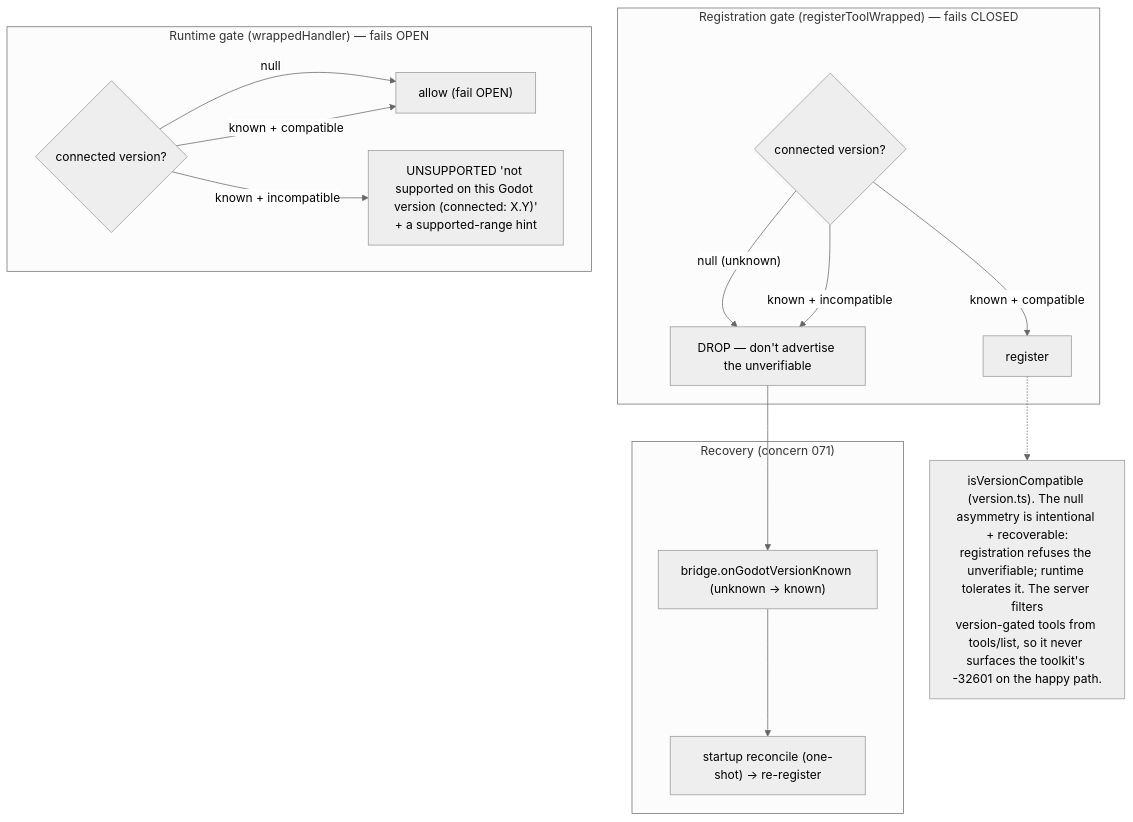
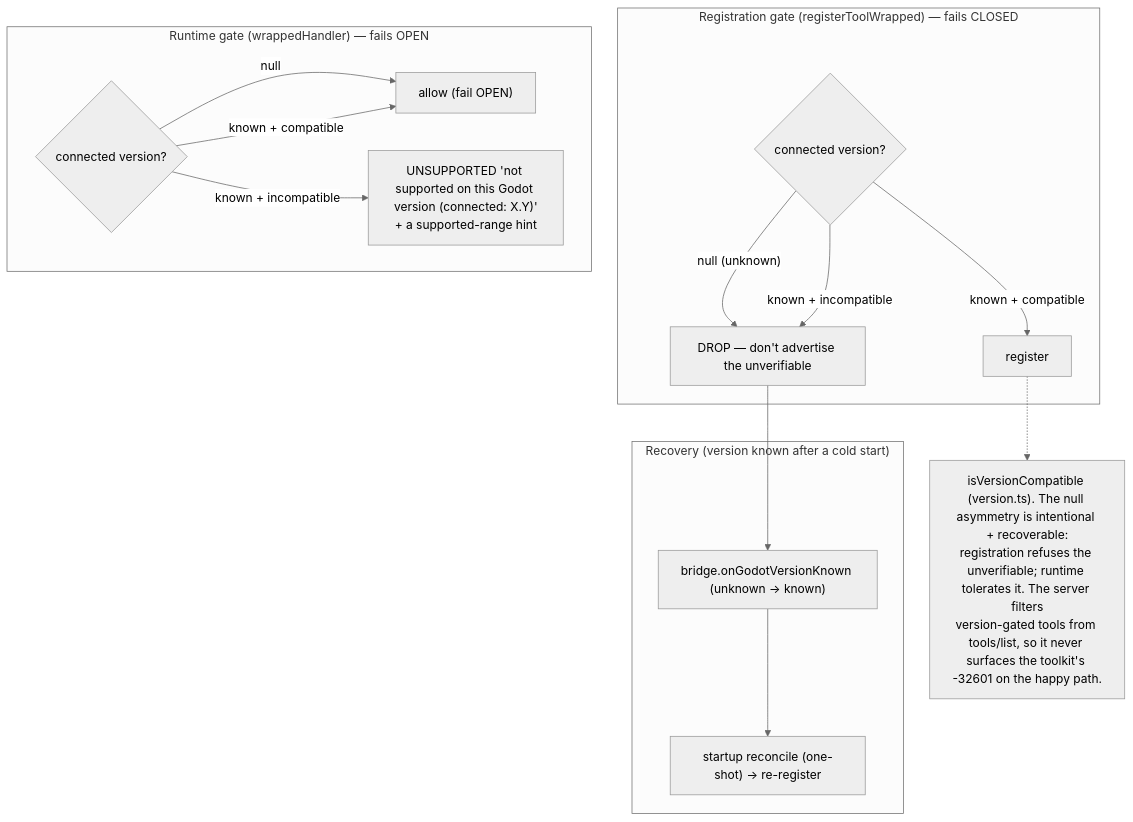
One commit to NPGameDev/godot-mcp-server changed diagram 12 of 13 in docs/architecture/README.md. Above: the diagram before and after it, drawn with Mermaid (neutral theme). The commit also changed other lines of this file, not shown here.

````diff
--- a/docs/architecture/README.md
+++ b/docs/architecture/README.md
@@ -711,21 +711,21 @@
 ```mermaid
 flowchart TD
     subgraph regn["Registration gate (registerToolWrapped) — fails CLOSED"]
       r1{"connected version?"}
       r1 -->|"null (unknown)"| rdrop["DROP — don't advertise the unverifiable"]
       r1 -->|"known + incompatible"| rdrop
       r1 -->|"known + compatible"| rkeep["register"]
     end
-    subgraph recov["Recovery (concern 071)"]
+    subgraph recov["Recovery (version known after a cold start)"]
       rdrop --> hook["bridge.onGodotVersionKnown (unknown → known)"]
       hook --> rec["startup reconcile (one-shot) → re-register"]
     end
     subgraph runt["Runtime gate (wrappedHandler) — fails OPEN"]
       u1{"connected version?"}
       u1 -->|"null"| upass["allow (fail OPEN)"]
       u1 -->|"known + incompatible"| ublock["UNSUPPORTED 'not supported on this Godot version (connected: X.Y)'<br/>+ a supported-range hint"]
       u1 -->|"known + compatible"| upass
     end
     note["isVersionCompatible (version.ts). The null asymmetry is intentional + recoverable:<br/>registration refuses the unverifiable; runtime tolerates it. The server filters<br/>version-gated tools from tools/list, so it never surfaces the toolkit's -32601 on the happy path."]
     rkeep -.-> note
 ```
````
